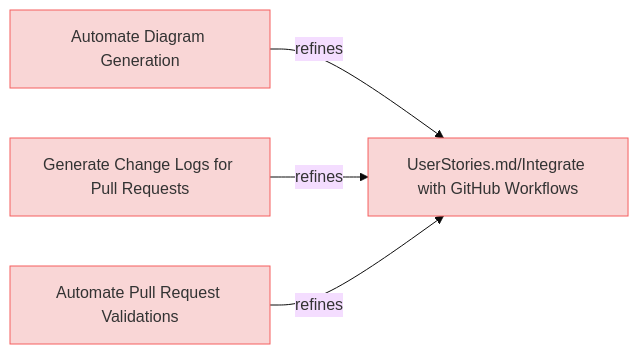
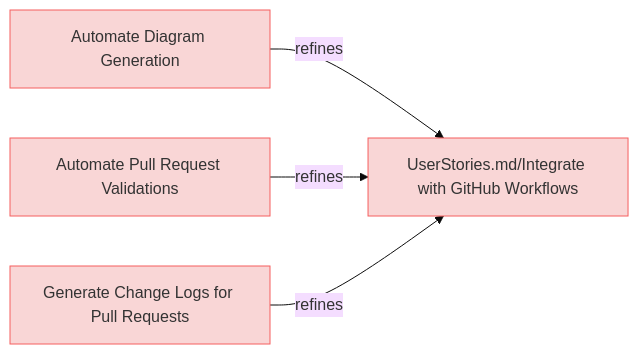
Before and after one commit to reqvire-org/reqvire: the fourth of 9 diagrams in specifications/UserRequirements.md, drawn with Mermaid (base theme). The commit also changed other lines of this file and 29 other files, not shown here.

````diff
--- a/specifications/UserRequirements.md
+++ b/specifications/UserRequirements.md
@@ -269,24 +269,24 @@
 ```mermaid
 graph LR;
   %% Graph styling
   classDef requirement fill:#f9d6d6,stroke:#f55f5f,stroke-width:1px;
   classDef verification fill:#d6f9d6,stroke:#5fd75f,stroke-width:1px;
   classDef externalLink fill:#d0e0ff,stroke:#3080ff,stroke-width:1px;
   classDef default fill:#f5f5f5,stroke:#333333,stroke-width:1px;
 
   98a581084d5542fa["Automate Diagram Generation"];
   class 98a581084d5542fa requirement;
   click 98a581084d5542fa "UserRequirements.md#automate-diagram-generation";
   98eaeddc27f99e11["UserStories.md/Integrate with GitHub Workflows"];
   class 98eaeddc27f99e11 requirement;
   click 98eaeddc27f99e11 "UserStories.md#integrate-with-github-workflows";
   98a581084d5542fa -->|refines| 98eaeddc27f99e11;
+  15f2f511b2399406["Automate Pull Request Validations"];
+  class 15f2f511b2399406 requirement;
+  click 15f2f511b2399406 "UserRequirements.md#automate-pull-request-validations";
+  15f2f511b2399406 -->|refines| 98eaeddc27f99e11;
   672b444a568468b8["Generate Change Logs for Pull Requests"];
   class 672b444a568468b8 requirement;
   click 672b444a568468b8 "UserRequirements.md#generate-change-logs-for-pull-requests";
   672b444a568468b8 -->|refines| 98eaeddc27f99e11;
-  15f2f511b2399406["Automate Pull Request Validations"];
-  class 15f2f511b2399406 requirement;
-  click 15f2f511b2399406 "UserRequirements.md#automate-pull-request-validations";
-  15f2f511b2399406 -->|refines| 98eaeddc27f99e11;
 ```
````
